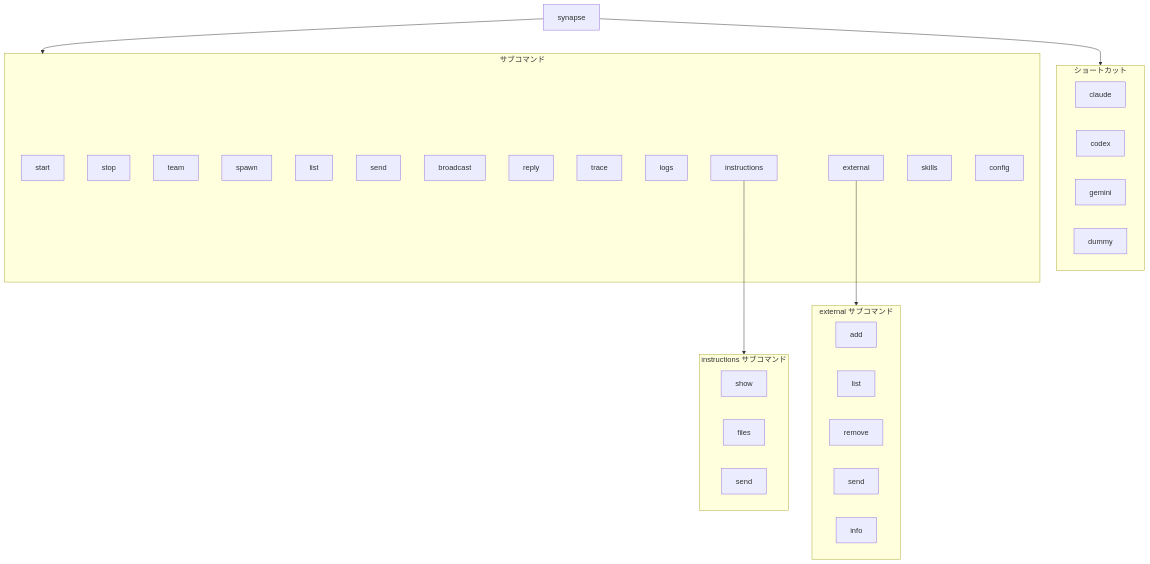
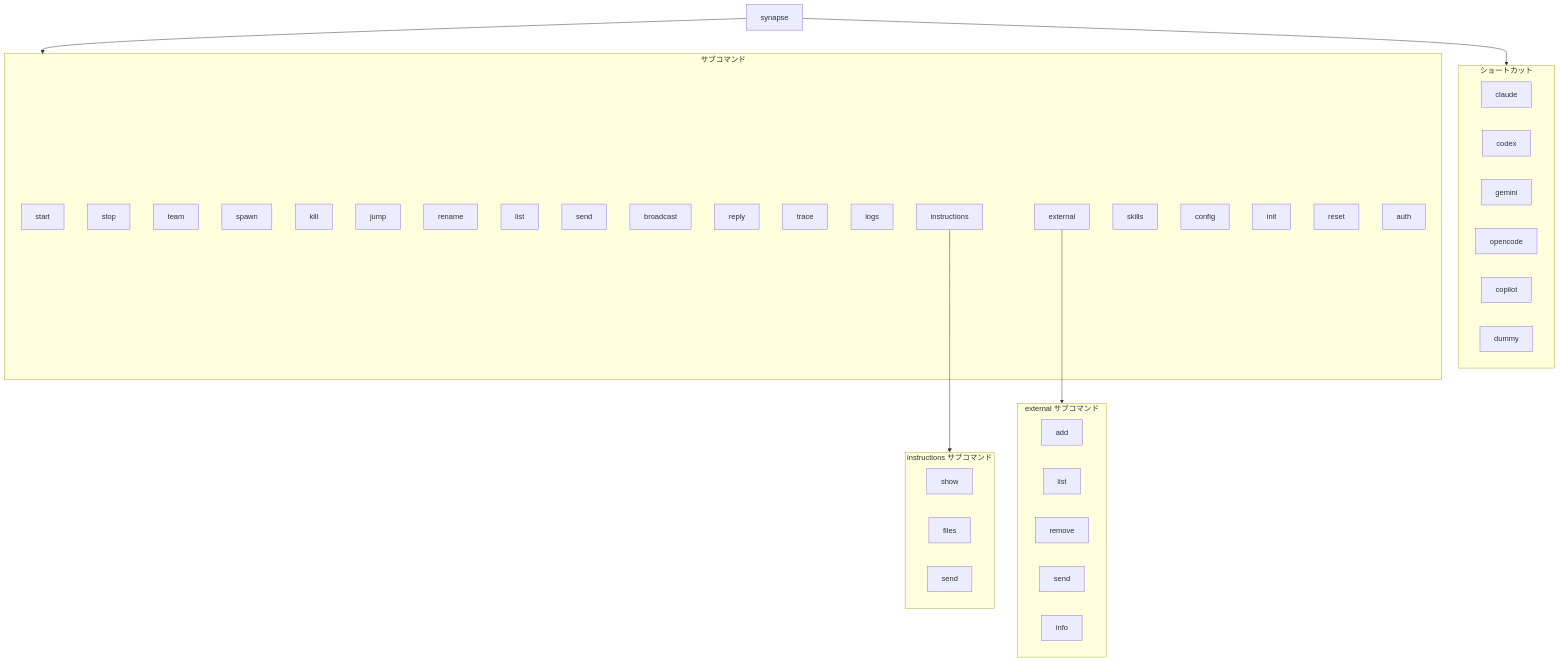
The first of 3 diagrams in guides/references.md (s-hiraoku/synapse-a2a), drawn with Mermaid before and after one commit. The commit also changed other lines of this file and 4 other files, not shown here.

````diff
--- a/guides/references.md
+++ b/guides/references.md
@@ -11,47 +11,55 @@
 ```mermaid
 flowchart TB
     synapse["synapse"]
 
     subgraph Shortcuts["ショートカット"]
         claude["claude"]
         codex["codex"]
         gemini["gemini"]
+        opencode["opencode"]
+        copilot["copilot"]
         dummy["dummy"]
     end
 
     subgraph Commands["サブコマンド"]
         start["start"]
         stop["stop"]
         team["team"]
         spawn["spawn"]
+        kill["kill"]
+        jump["jump"]
+        rename["rename"]
         list["list"]
         send["send"]
         broadcast["broadcast"]
         reply["reply"]
         trace["trace"]
         logs["logs"]
         instructions["instructions"]
         external["external"]
         skills["skills"]
         config["config"]
+        init["init"]
+        reset["reset"]
+        auth["auth"]
     end
 
     subgraph Instructions["instructions サブコマンド"]
         inst_show["show"]
         inst_files["files"]
         inst_send["send"]
     end
 
     subgraph External["external サブコマンド"]
         ext_add["add"]
         ext_list["list"]
         ext_remove["remove"]
         ext_send["send"]
         ext_info["info"]
     end
 
     synapse --> Shortcuts
     synapse --> Commands
     instructions --> Instructions
     external --> External
 ```
````
